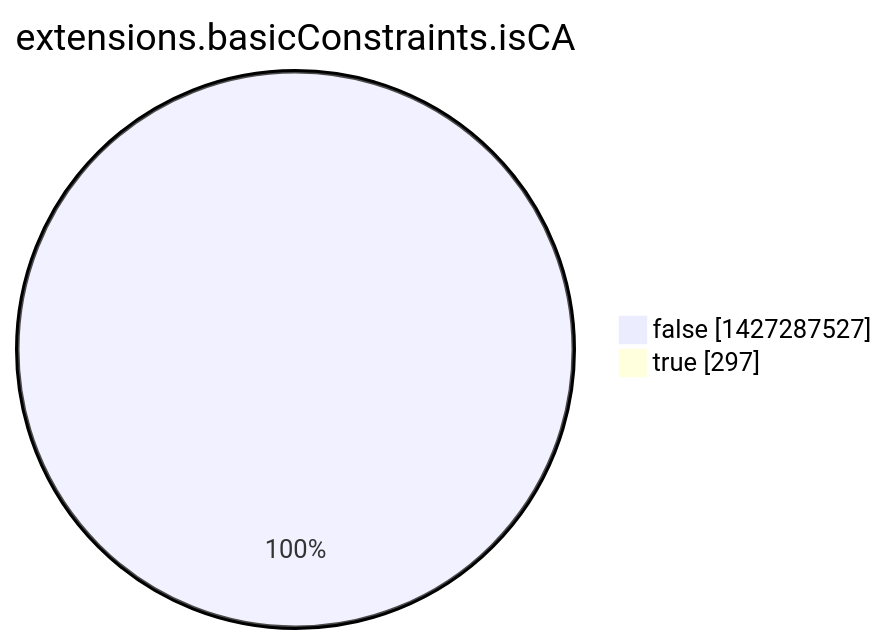
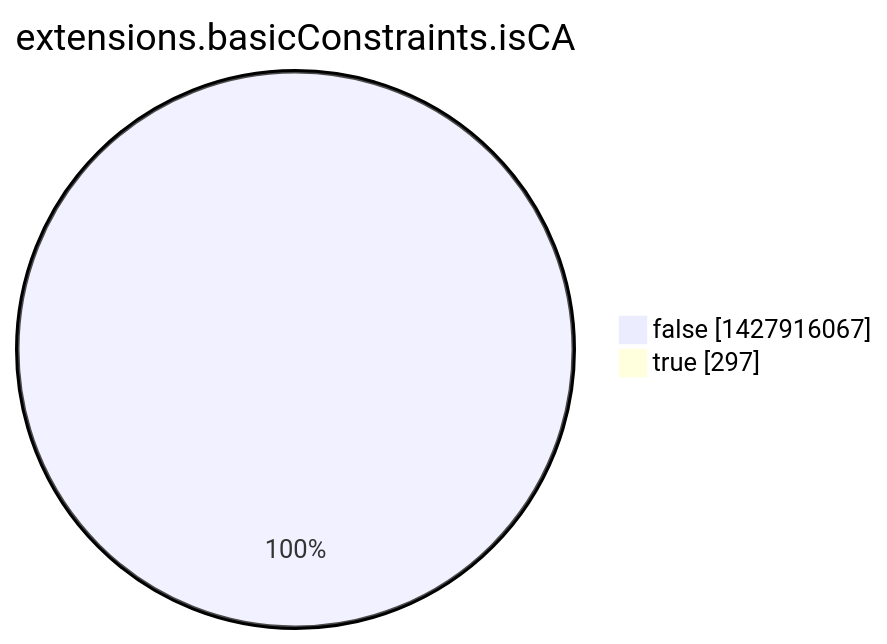
One commit to christiankrug/ctmonitor_visualization changed the eighth of 15 diagrams in argon2022/README.md. Above: the diagram before and after it, drawn with Mermaid. The commit also changed other lines of this file, not shown here.

````diff
--- a/argon2022/README.md
+++ b/argon2022/README.md
@@ -2760,6 +2760,6 @@
 ```mermaid
 pie showData
 title extensions.basicConstraints.isCA
-"false" :1427287527
+"false" :1427916067
 "true" :297
 ```
````
